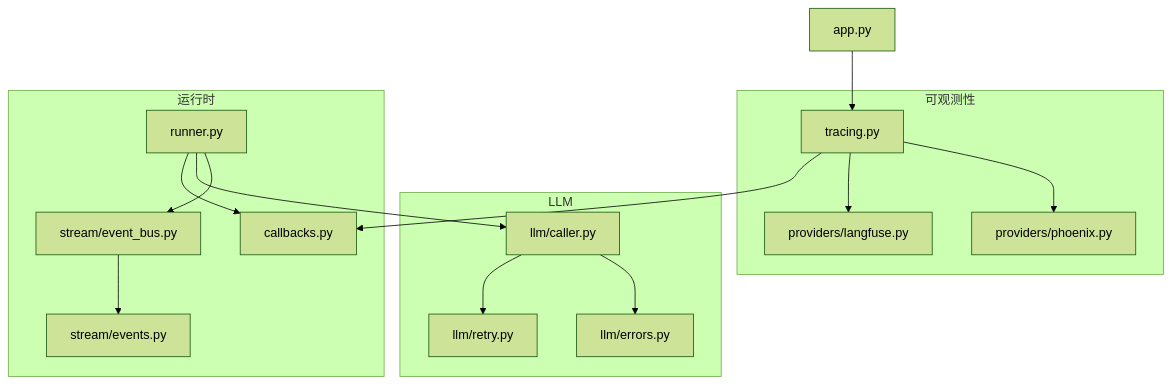
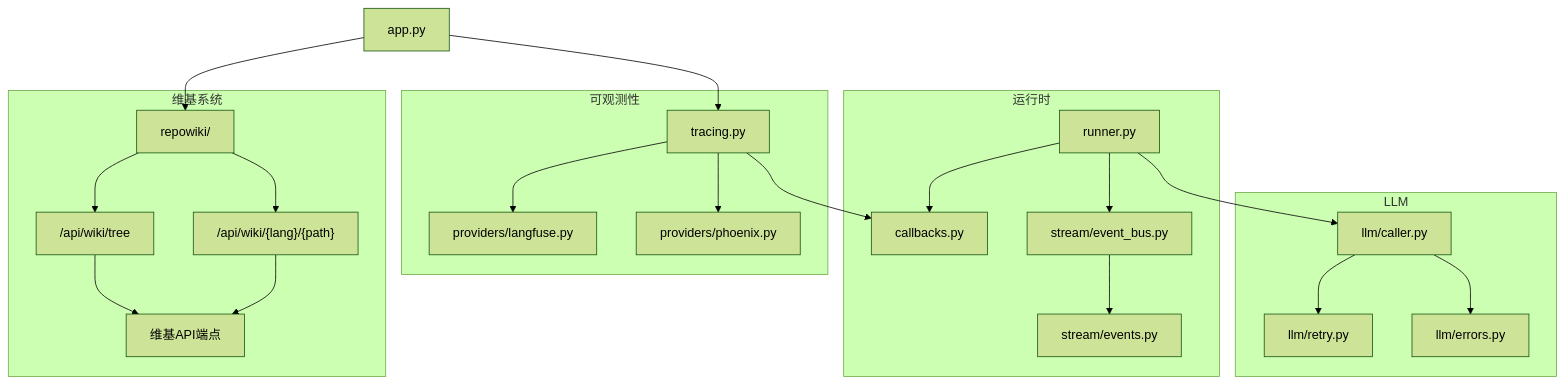
One commit to YU-JI-KUI/ark-agentic changed the first of 8 diagrams in repowiki/zh/content/故障排除.md. Above: the diagram before and after it, drawn with Mermaid (forest theme). The commit also changed other lines of this file and 10 other files, not shown here.

````diff
--- a/repowiki/zh/content/故障排除.md
+++ b/repowiki/zh/content/故障排除.md
@@ -41,30 +53,41 @@
 ```mermaid
 graph TB
 subgraph "可观测性"
 TR["tracing.py"]
 LF["providers/langfuse.py"]
 PHX["providers/phoenix.py"]
 end
 subgraph "LLM"
 CALLER["llm/caller.py"]
 RETRY["llm/retry.py"]
 ERR["llm/errors.py"]
 end
 subgraph "运行时"
 CB["callbacks.py"]
 RUN["runner.py"]
 EB["stream/event_bus.py"]
 EVT["stream/events.py"]
 end
+subgraph "维基系统"
+WIKI["repowiki/"]
+TREE["/api/wiki/tree"]
+PAGE["/api/wiki/{lang}/{path}"]
+ENDPOINT["维基API端点"]
+end
 APP["app.py"]
 APP --> TR
 TR --> CB
 RUN --> CB
 RUN --> CALLER
 CALLER --> RETRY
 CALLER --> ERR
 TR --> LF
 TR --> PHX
 RUN --> EB
 EB --> EVT
+APP --> WIKI
+WIKI --> TREE
+WIKI --> PAGE
+TREE --> ENDPOINT
+PAGE --> ENDPOINT
 ```
````
